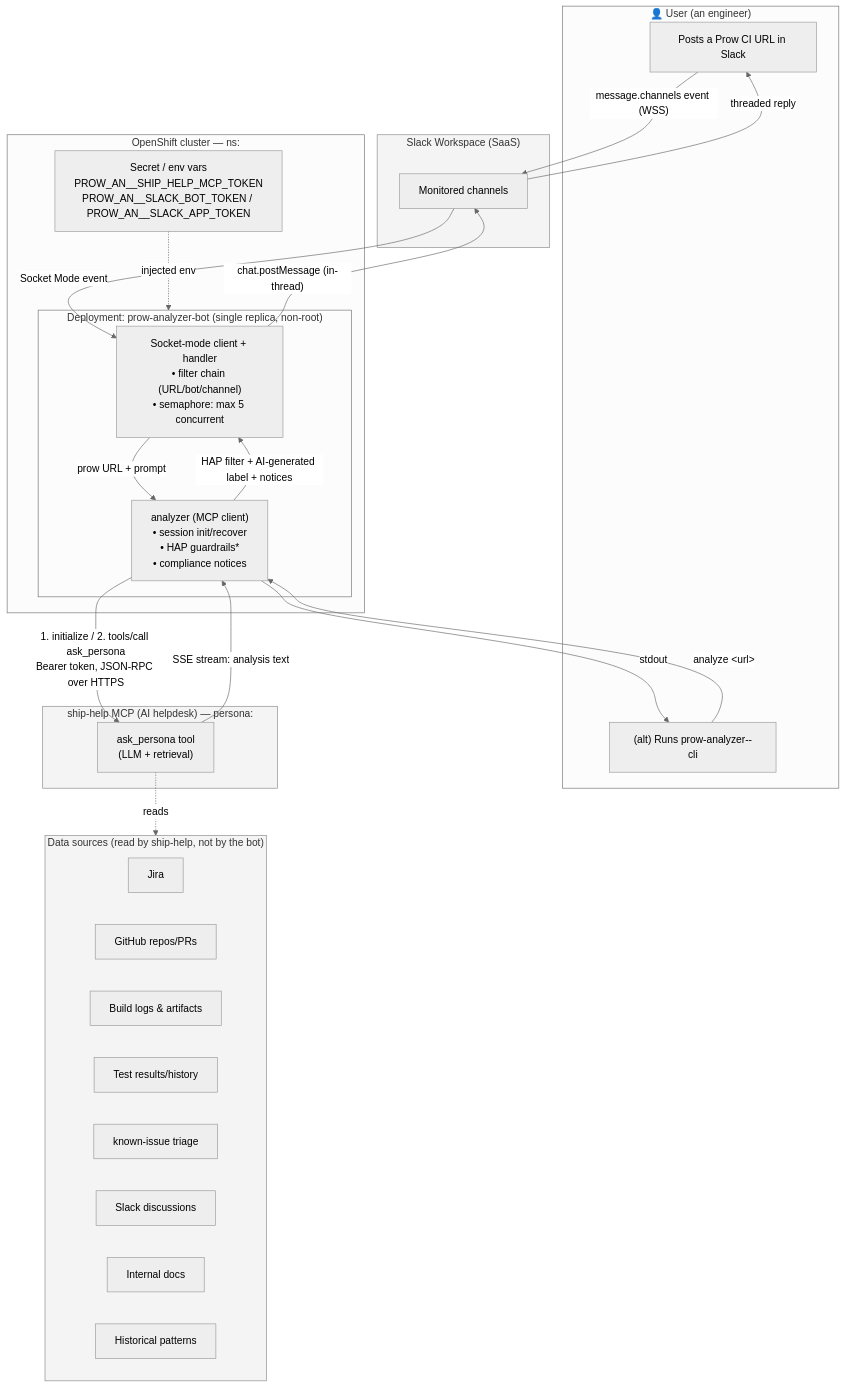
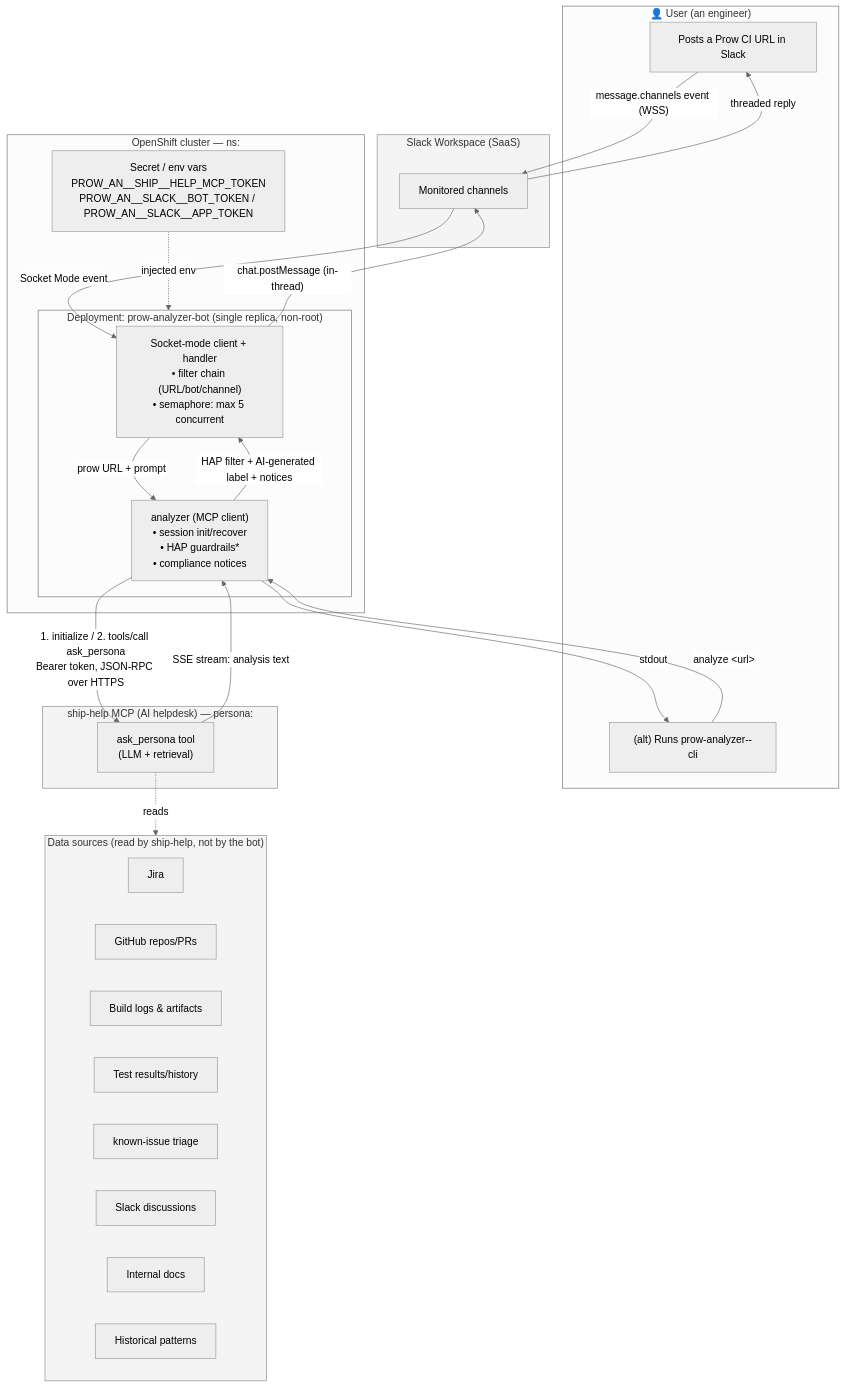
The first of 3 diagrams in apps/prow-analyzer/doc/dataflow-architecture.md (RedHatQE/OpenShift-LP-QE--Tools), drawn with Mermaid (neutral theme) before and after one commit. The commit also changed other lines of this file and 8 other files, not shown here.

First line of the commit message:
prow-analyzer: normalize env var names and fix image-var docs

````diff
--- a/apps/prow-analyzer/doc/dataflow-architecture.md
+++ b/apps/prow-analyzer/doc/dataflow-architecture.md
@@ -10,51 +10,51 @@
 ```mermaid
 flowchart TB
     subgraph User["👤 User (an engineer)"]
         U1["Posts a Prow CI URL in Slack"]
         U2["(alt) Runs prow-analyzer--cli"]
     end
 
     subgraph Slack["Slack Workspace (SaaS)"]
         SW["Monitored channels"]
     end
 
     subgraph OCP["OpenShift cluster — ns: <your-namespace>"]
         subgraph BOT["Deployment: prow-analyzer-bot (single replica, non-root)"]
             H["Socket-mode client + handler<br/>• filter chain (URL/bot/channel)<br/>• semaphore: max 5 concurrent"]
             A["analyzer (MCP client)<br/>• session init/recover<br/>• HAP guardrails*<br/>• compliance notices"]
         end
-        SEC["Secret / env vars<br/>PROW_AN__SHIP_HELP_MCP_TOKEN<br/>PROW_AN__SLACK_BOT_TOKEN / PROW_AN__SLACK_APP_TOKEN"]
+        SEC["Secret / env vars<br/>PROW_AN__SHIP__HELP_MCP_TOKEN<br/>PROW_AN__SLACK__BOT_TOKEN / PROW_AN__SLACK__APP_TOKEN"]
     end
 
     subgraph SH["ship-help MCP (AI helpdesk) — persona: <persona>"]
         MCP["ask_persona tool<br/>(LLM + retrieval)"]
     end
 
     subgraph DS["Data sources (read by ship-help, not by the bot)"]
         direction LR
         J["Jira"]
         G["GitHub repos/PRs"]
         L["Build logs & artifacts"]
         T["Test results/history"]
         F["known-issue triage"]
         SD["Slack discussions"]
         DOC["Internal docs"]
         HP["Historical patterns"]
     end
 
     U1 -->|"message.channels event (WSS)"| SW
     SW -->|"Socket Mode event"| H
     H -->|"prow URL + prompt"| A
     U2 -->|"analyze &lt;url&gt;"| A
     A -->|"1. initialize / 2. tools/call ask_persona<br/>Bearer token, JSON-RPC over HTTPS"| MCP
     MCP -.->|"reads"| DS
     MCP -->|"SSE stream: analysis text"| A
     A -->|"HAP filter + AI-generated label + notices"| H
     H -->|"chat.postMessage (in-thread)"| SW
     SW -->|"threaded reply"| U1
     A -->|"stdout"| U2
     SEC -.->|"injected env"| BOT
 
     classDef ext fill:#f4f4f4,stroke:#888;
     class Slack,SH,DS ext;
 ```
````
